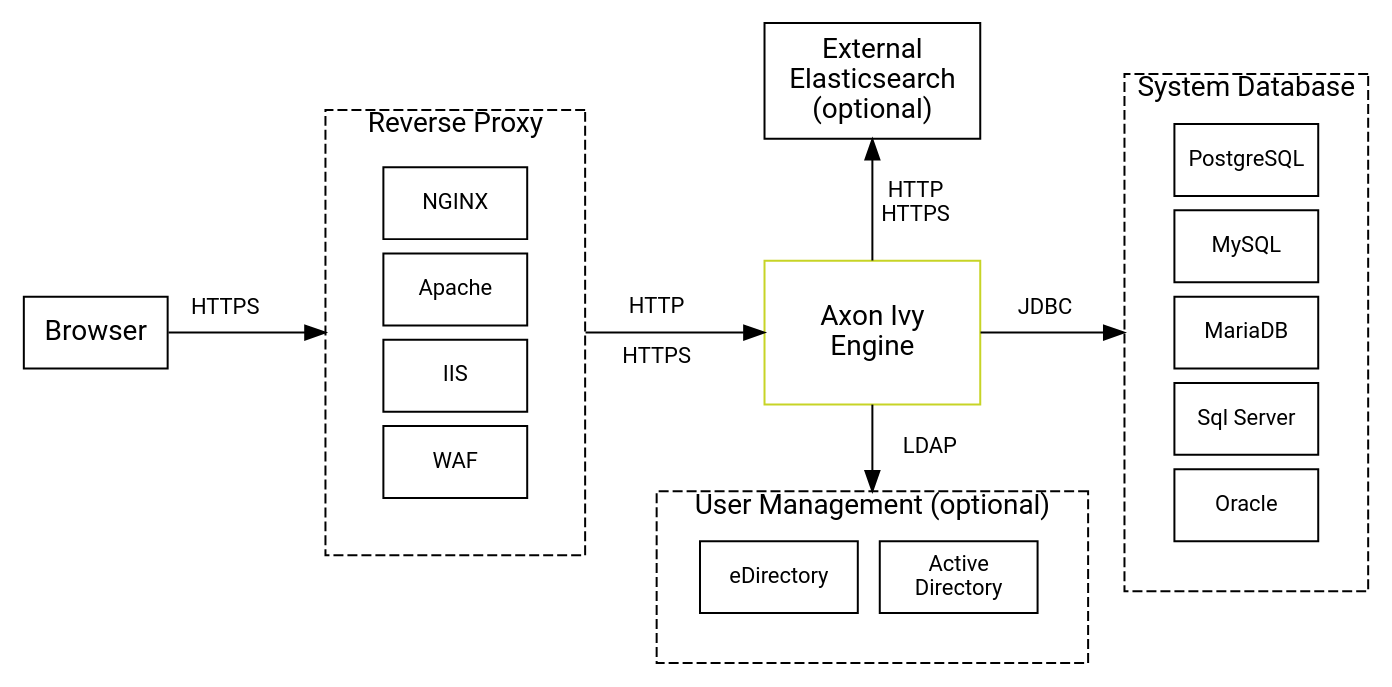
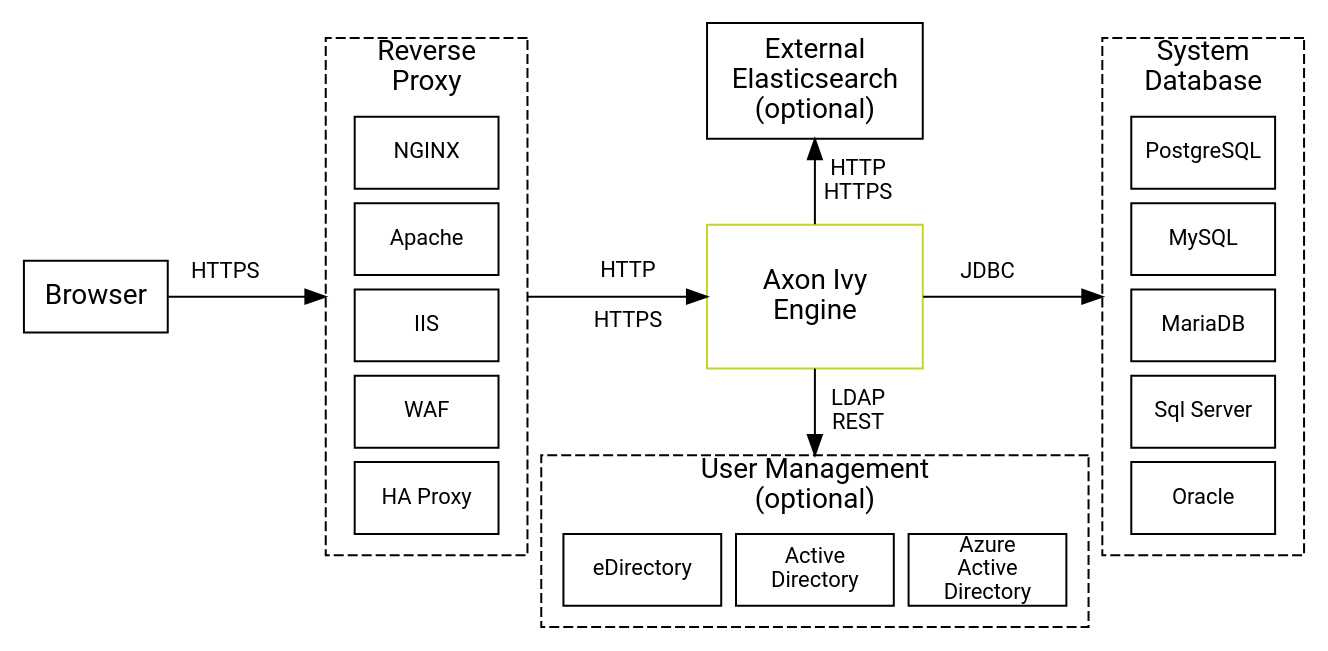
The diagram in source/engine-guide/integration/overview.dot (bernhardAxonIvy/doc), drawn with Graphviz before and after one commit.

Commit message:
XIVY-9327 adapted overview diagram to AAD

```diff
--- a/source/engine-guide/integration/overview.dot
+++ b/source/engine-guide/integration/overview.dot
@@ -1,43 +1,45 @@
 digraph overview {
   layout=neato;
   node [shape=box, fontname="Roboto,Helvetica Neue,Arial,sans-serif", fixedsize="true", margin=0]; 
   
   /* nodes */
-  browser         [ label="Browser",                   pos="0,2.5!", width="1"];
+  browser         [ label="Browser",                    pos=".4,2.5!", width="1"];
 
-  frontendServers [label="Reverse Proxy",              pos="2.5,2.5!", height="3.1", width="1.8", style="dashed", fontcolor="black", labelloc="t"];
-  frontendNginx   [label="NGINX",                      pos="2.5,3.4!", height="0.5", width="1.0", fontsize=11];
-  frontendApache  [label="Apache",                     pos="2.5,2.8!", height="0.5", width="1.0", fontsize=11];
-  frontendIIS     [label="IIS",                        pos="2.5,2.2!", height="0.5", width="1.0", fontsize=11];
-  frontendWAF     [label="WAF",                        pos="2.5,1.6!", height="0.5", width="1.0", fontsize=11];
+  reverseProxy    [label="Reverse\nProxy",              pos="2.7,2.5!", height="3.6", width="1.4", style="dashed", fontcolor="black", labelloc="t"];
+  frontendNginx   [label="NGINX",                       pos="2.7,3.5!", height="0.5", width="1.0", fontsize=11];
+  frontendApache  [label="Apache",                      pos="2.7,2.9!", height="0.5", width="1.0", fontsize=11];
+  frontendIIS     [label="IIS",                         pos="2.7,2.3!", height="0.5", width="1.0", fontsize=11];
+  frontendWAF     [label="WAF",                         pos="2.7,1.7!", height="0.5", width="1.0", fontsize=11];
+  frontendHA      [label="HA Proxy",                    pos="2.7,1.1!", height="0.5", width="1.0", fontsize=11];
  
-  engine          [label="Axon Ivy\nEngine",           pos="5.40,2.5!", height="1.0", width="1.5", color="#C7D426", fontcolor="black"];
+  engine          [label="Axon Ivy\nEngine",            pos="5.40,2.5!", height="1.0", width="1.5", color="#C7D426", fontcolor="black"];
   
-  userManagement  [label="User Management (optional)", pos="5.40,0.8!", height="1.2", width="3.0" style="dashed" fontcolor="black" labelloc="t"];
-  eDirectory      [label="eDirectory",                 pos="4.75,0.8!", height="0.5", width="1.1", fontsize=11];
-  activeDirectory [label="Active\nDirectory",          pos="6.00,0.8!", height="0.5", width="1.1", fontsize=11];
+  userManagement  [label="User Management\n(optional)", pos="5.4,0.8!", height="1.2", width="3.8" style="dashed" fontcolor="black" labelloc="t"];
+  eDirectory      [label="eDirectory",                  pos="4.2,0.6!", height="0.5", width="1.1", fontsize=11];
+  activeDirectory [label="Active\nDirectory",           pos="5.4,0.6!", height="0.5", width="1.1", fontsize=11];
+  azureAD         [label="Azure\nActive\nDirectory",    pos="6.6,0.6!", height="0.5", width="1.1", fontsize=11];
 
-  systemdb        [label="System Database",            pos="8.00,2.5!", height="3.6", width="1.7", style="dashed" fontcolor="black" labelloc="t"]
-  postgres        [label="PostgreSQL",                 pos="8.00,3.7!", height="0.5", width="1.0", fontsize=11]
-  mysql           [label="MySQL",                      pos="8.00,3.1!", height="0.5", width="1.0", fontsize=11]
-  mariadb         [label="MariaDB",                    pos="8.00,2.5!", height="0.5", width="1.0", fontsize=11]
-  mssql           [label="Sql Server",                 pos="8.00,1.9!", height="0.5", width="1.0", fontsize=11]
-  oracle          [label="Oracle",                     pos="8.00,1.3!", height="0.5", width="1.0", fontsize=11]
+  systemdb        [label="System\nDatabase",            pos="8.10,2.5!", height="3.6", width="1.4", style="dashed" fontcolor="black" labelloc="t"]
+  postgres        [label="PostgreSQL",                  pos="8.10,3.5!", height="0.5", width="1.0", fontsize=11]
+  mysql           [label="MySQL",                       pos="8.10,2.9!", height="0.5", width="1.0", fontsize=11]
+  mariadb         [label="MariaDB",                     pos="8.10,2.3!", height="0.5", width="1.0", fontsize=11]
+  mssql           [label="Sql Server",                  pos="8.10,1.7!", height="0.5", width="1.0", fontsize=11]
+  oracle          [label="Oracle",                      pos="8.10,1.1!", height="0.5", width="1.0", fontsize=11]
 
-  elasticsearch [ label="External\nElasticsearch\n(optional)", pos="5.4,4.25!", height="0.8" width="1.5"]
+  elasticsearch [ label="External\nElasticsearch\n(optional)", pos="5.4,4.0!", height="0.8" width="1.5"]
 
   /* edges */
-  browser -> frontendServers;
-  frontendServers -> engine;
+  browser -> reverseProxy;
+  reverseProxy -> engine;
   engine -> userManagement;
   engine -> systemdb;
   engine -> elasticsearch;
 
    /* edge labels */  
-  browser_frontendServers [ label="HTTPS\n \n ",   pos = "0.9,2.5!", shape=none, fillcolor=none, fontcolor=black, fontsize=11];
-  frontendServers_engine [ label="HTTP\n\nHTTPS" , pos = "3.9,2.5!", shape=none, fillcolor=none, fontcolor=black, fontsize=11];
-  engine_userManagement [ label="LDAP",            pos = "5.8,1.7!", shape=none, fillcolor=none, fontcolor=black, fontsize=11];
-  engine_systemdb [ label="JDBC\n \n ",            pos = "6.6,2.5!", shape=none, fillcolor=none, fontcolor=black, fontsize=11];
-  engine_elasticsearch [label="HTTP\nHTTPS",       pos = "5.7,3.4!", shape=none, fillcolor=none, fontcolor=black, fontsize=11];
+  browser_reverseProxy [ label="HTTPS\n \n ",   pos = "1.3,2.5!", shape=none, fillcolor=none, fontcolor=black, fontsize=11];
+  reverseProxy_engine [ label="HTTP\n\nHTTPS" , pos = "4.1,2.5!", shape=none, fillcolor=none, fontcolor=black, fontsize=11];
+  engine_userManagement [ label="LDAP\nREST",   pos = "5.7,1.7!", shape=none, fillcolor=none, fontcolor=black, fontsize=11];
+  engine_systemdb [ label="JDBC\n \n ",         pos = "6.6,2.5!", shape=none, fillcolor=none, fontcolor=black, fontsize=11];
+  engine_elasticsearch [label="HTTP\nHTTPS",    pos = "5.7,3.3!", shape=none, fillcolor=none, fontcolor=black, fontsize=11];
   
 }
```
